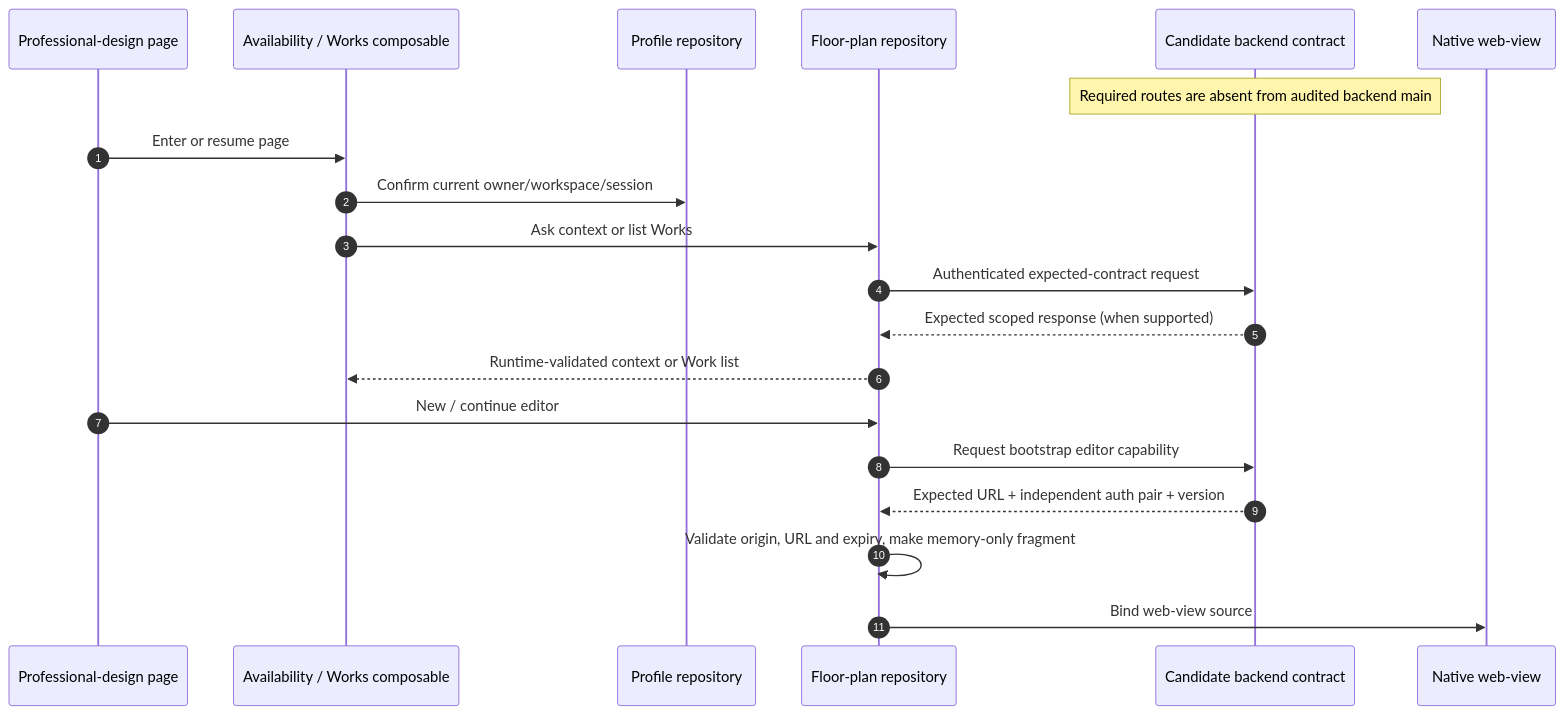
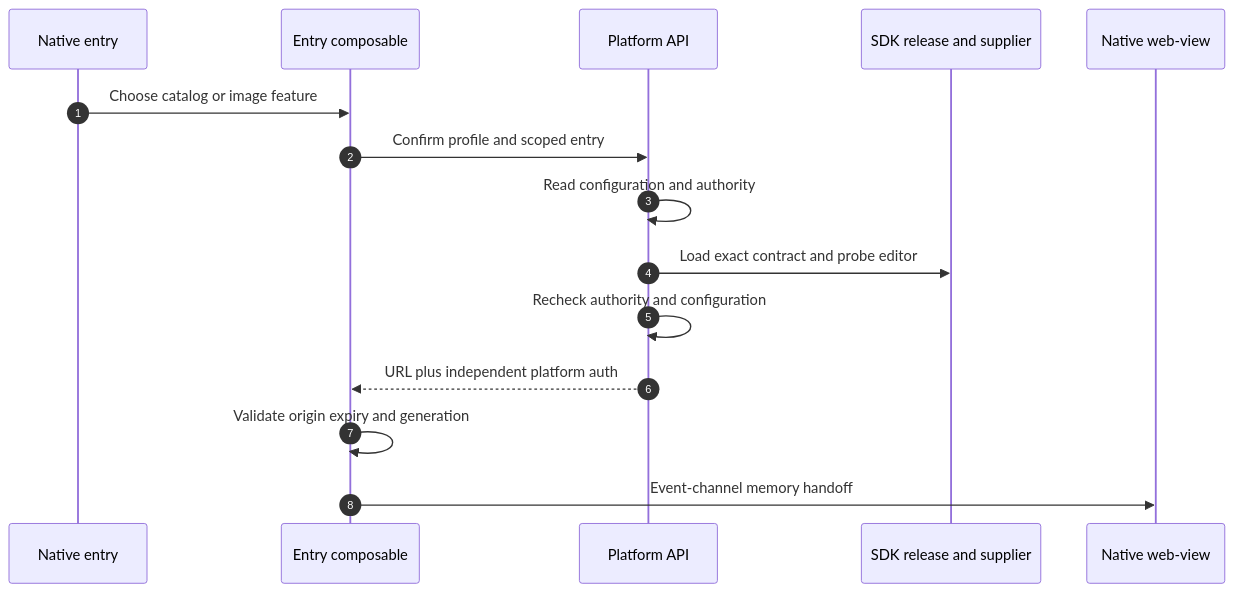
Before and after one commit to Orientation-CD/docs: the diagram in frontend/floor-plans.md, drawn with Mermaid. The commit also changed other lines of this file and 203 other files, not shown here.

````diff
--- a/frontend/floor-plans.md
+++ b/frontend/floor-plans.md
@@ -23,22 +11,17 @@
 ```mermaid
 sequenceDiagram
   autonumber
-  participant U as Professional-design page
-  participant A as Availability / Works composable
-  participant P as Profile repository
-  participant F as Floor-plan repository
-  participant C as Candidate backend contract
+  participant U as Native entry
+  participant E as Entry composable
+  participant A as Platform API
+  participant S as SDK release and supplier
   participant W as Native web-view
-  Note over C: Required routes are absent from audited backend main
-  U->>A: Enter or resume page
-  A->>P: Confirm current owner/workspace/session
-  A->>F: Ask context or list Works
-  F->>C: Authenticated expected-contract request
-  C-->>F: Expected scoped response (when supported)
-  F-->>A: Runtime-validated context or Work list
-  U->>F: New / continue editor
-  F->>C: Request bootstrap editor capability
-  C-->>F: Expected URL + independent auth pair + version
-  F->>F: Validate origin, URL and expiry, make memory-only fragment
-  F->>W: Bind web-view source
+  U->>E: Choose catalog or image feature
+  E->>A: Confirm profile and scoped entry
+  A->>A: Read configuration and authority
+  A->>S: Load exact contract and probe editor
+  A->>A: Recheck authority and configuration
+  A-->>E: URL plus independent platform auth
+  E->>E: Validate origin expiry and generation
+  E->>W: Event-channel memory handoff
 ```
````
